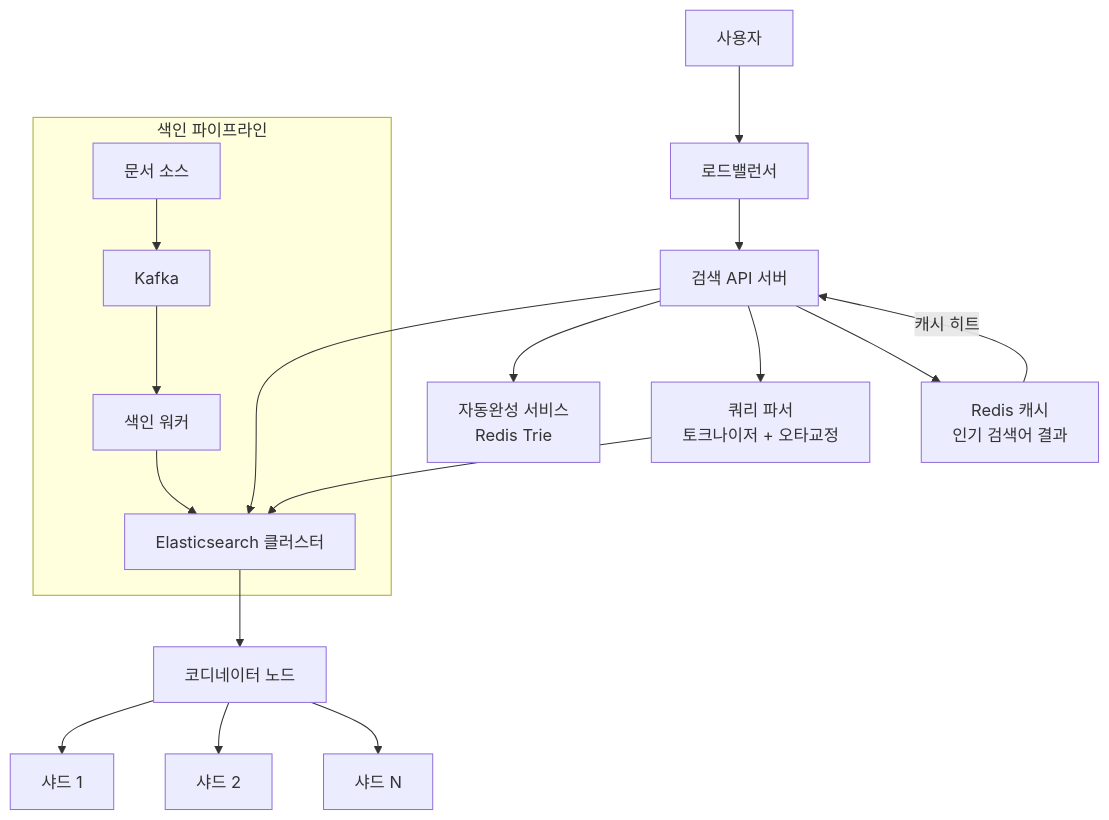
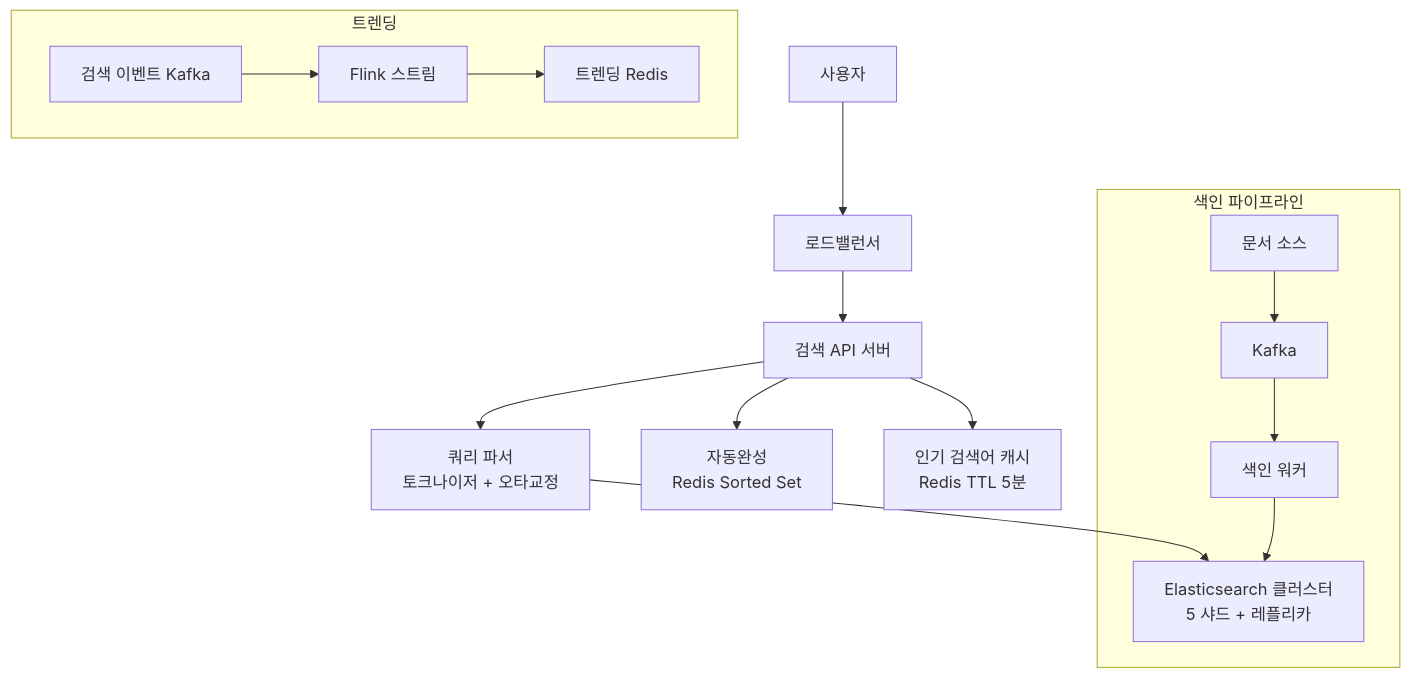
Before and after one commit to yjkim2015/yjkim2015.github.io: the fifth of 5 diagrams in _posts/systemdesign/2026-05-02-system-design-search.md, drawn with Mermaid. The commit also changed other lines of this file and 122 other files, not shown here.

````diff
--- a/_posts/systemdesign/2026-05-02-system-design-search.md
+++ b/_posts/systemdesign/2026-05-02-system-design-search.md
@@ -531,25 +337,21 @@
 ```mermaid
 graph TD
     User["사용자"] --> LB["로드밸런서"]
     LB --> SearchAPI["검색 API 서버"]
 
-    SearchAPI --> AC["자동완성 서비스<br>Redis Trie"]
-    SearchAPI --> QueryParser["쿼리 파서<br>토크나이저 + 오타교정"]
-    SearchAPI --> ES["Elasticsearch 클러스터"]
-
-    QueryParser --> ES
-
-    ES --> Coord["코디네이터 노드"]
-    Coord --> Shard1["샤드 1"]
-    Coord --> Shard2["샤드 2"]
-    Coord --> ShardN["샤드 N"]
+    SearchAPI --> AC["자동완성\nRedis Sorted Set"]
+    SearchAPI --> Cache["인기 검색어 캐시\nRedis TTL 5분"]
+    SearchAPI --> QP["쿼리 파서\n토크나이저 + 오타교정"]
+    QP --> ES["Elasticsearch 클러스터\n5 샤드 + 레플리카"]
 
     subgraph "색인 파이프라인"
-        DocSource["문서 소스"] --> Kafka[Kafka]
-        Kafka --> IndexWorker["색인 워커"]
-        IndexWorker --> ES
+        DocSrc["문서 소스"] --> Kafka["Kafka"]
+        Kafka --> Worker["색인 워커"]
+        Worker --> ES
     end
 
-    SearchAPI --> Cache["Redis 캐시<br>인기 검색어 결과"]
-    Cache -->|"캐시 히트"| SearchAPI
+    subgraph "트렌딩"
+        Kafka2["검색 이벤트 Kafka"] --> Flink["Flink 스트림"]
+        Flink --> TrendRedis["트렌딩 Redis"]
+    end
 ```
````
